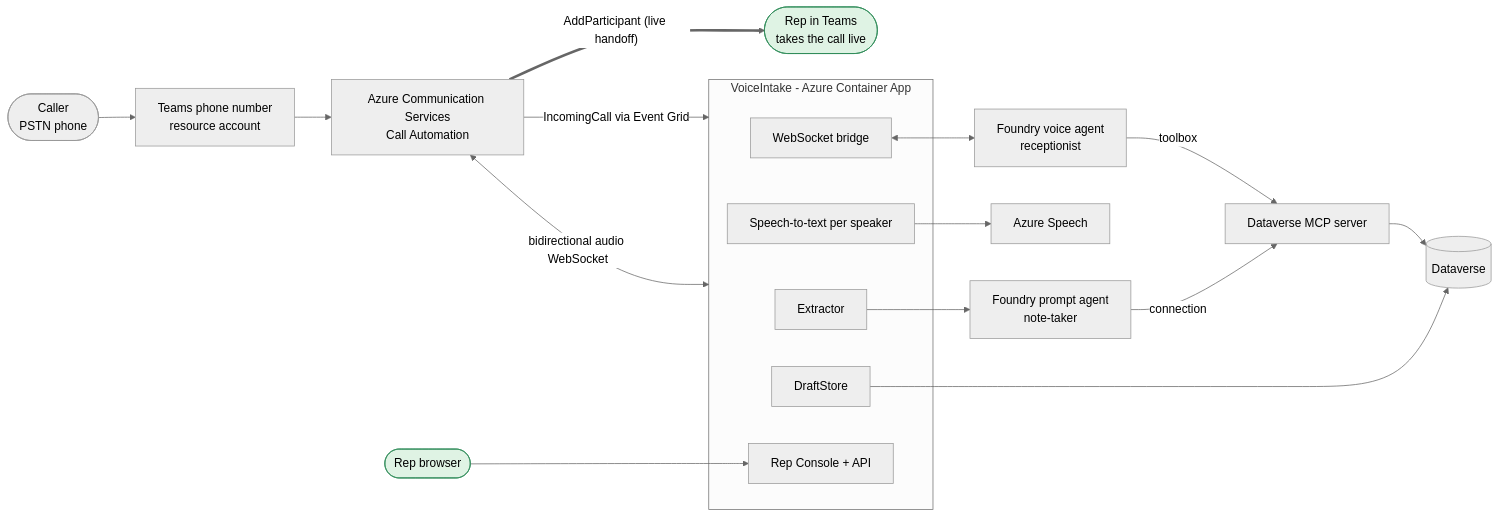
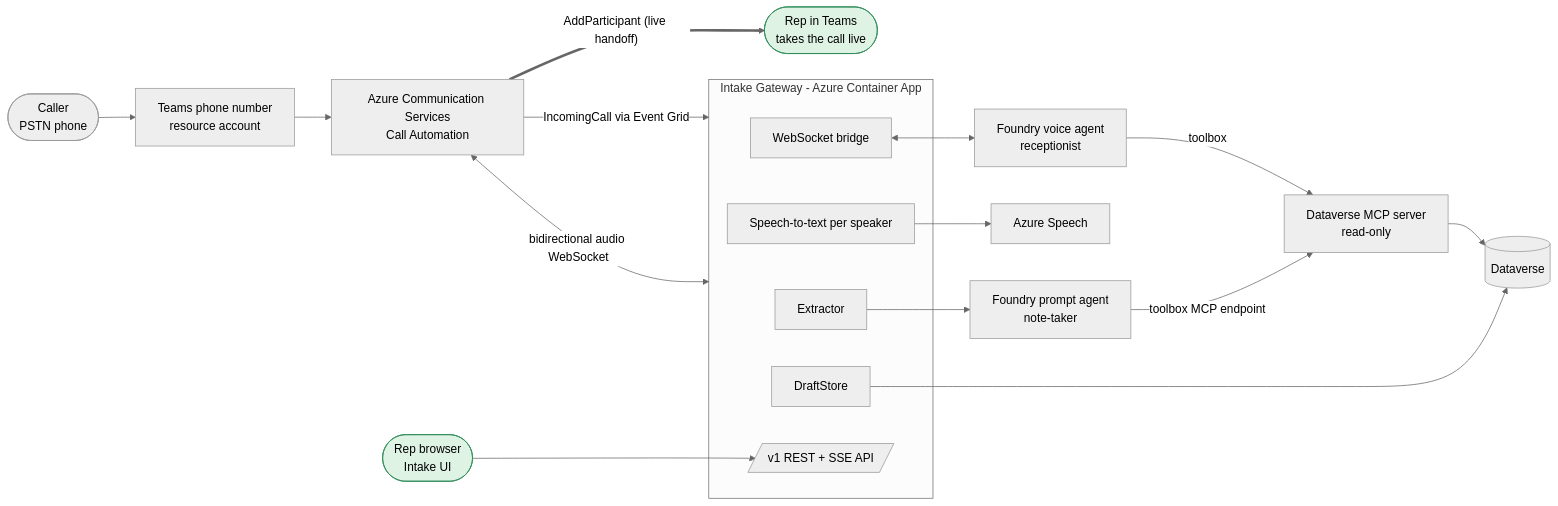
One commit to jmasengeshomsft/floorworks-live-intake changed the second of 4 diagrams in docs/02-architecture.md. Above: the diagram before and after it, drawn with Mermaid (neutral theme). The commit also changed other lines of this file and 22 other files, not shown here.

Commit message:
Gateway draft store, configurable Dataverse schema, standard account/incident profile

````diff
--- a/docs/02-architecture.md
+++ b/docs/02-architecture.md
@@ -43,25 +48,25 @@
 ```mermaid
 flowchart LR
     caller([Caller<br/>PSTN phone]) --> teamsno[Teams phone number<br/>resource account]
     teamsno --> acs[Azure Communication Services<br/>Call Automation]
-    acs -- IncomingCall via Event Grid --> app
-    acs <-- bidirectional audio WebSocket --> app
-    subgraph app[VoiceIntake - Azure Container App]
-      ws[WebSocket bridge]
+    acs -- IncomingCall via Event Grid --> gw
+    acs <-- bidirectional audio WebSocket --> gw
+    subgraph gw[Intake Gateway - Azure Container App]
+      bridge[WebSocket bridge]
       stt[Speech-to-text per speaker]
       ext[Extractor]
       store[DraftStore]
-      ui[Rep Console + API]
+      api[/v1 REST + SSE API/]
     end
-    ws <--> voice[Foundry voice agent<br/>receptionist]
+    bridge <--> voice[Foundry voice agent<br/>receptionist]
     stt --> speech[Azure Speech]
     ext --> note[Foundry prompt agent<br/>note-taker]
     voice -- toolbox --> mcp
-    note -- connection --> mcp[Dataverse MCP server]
+    note -- toolbox MCP endpoint --> mcp[Dataverse MCP server<br/>read-only]
     mcp --> dv[(Dataverse)]
     store --> dv
-    rep([Rep browser]) --> ui
+    rep([Rep browser<br/>Intake UI]) --> api
     acs == "AddParticipant (live handoff)" ==> repteams([Rep in Teams<br/>takes the call live])
     classDef live fill:#dff3e4,stroke:#2e8b57,color:#000
     class repteams,rep live
 ```
````
